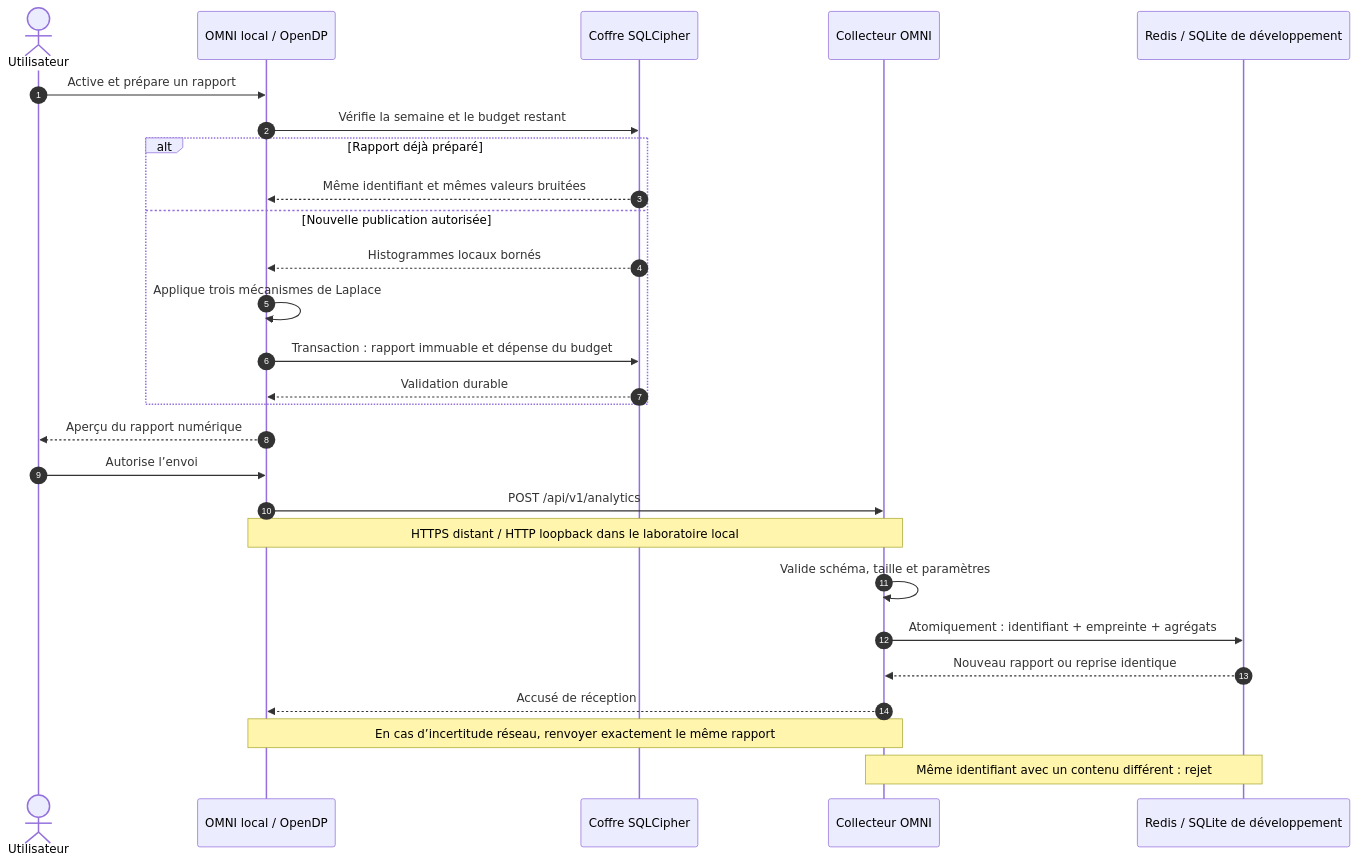
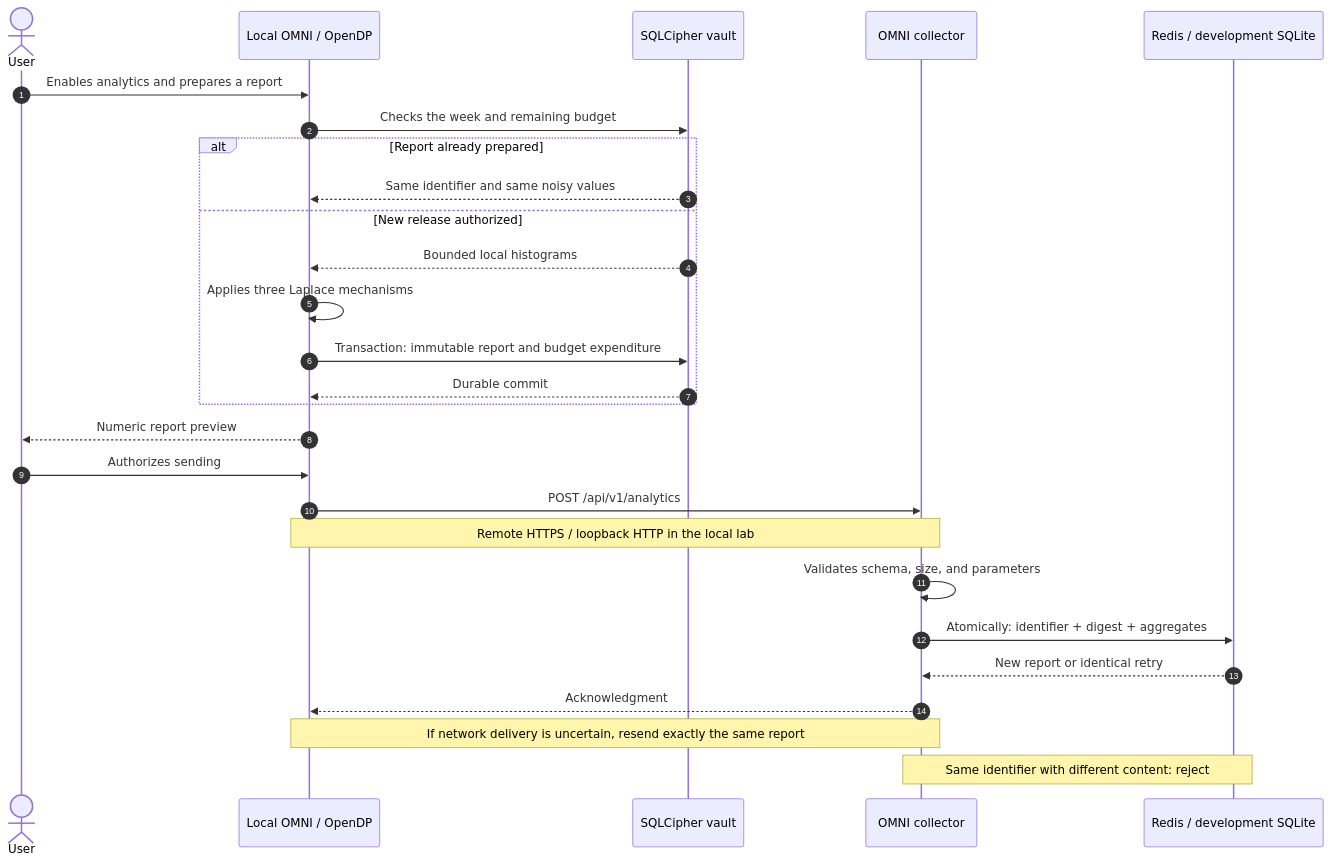
Before and after one commit to nabz0r/OMNI-OS: the fourth of 5 diagrams in DIAGRAMS.md, drawn with Mermaid. The commit also changed other lines of this file and 11 other files, not shown here.

````diff
--- a/DIAGRAMS.md
+++ b/DIAGRAMS.md
@@ -139,30 +139,30 @@
 ```mermaid
 sequenceDiagram
     autonumber
-    actor User as Utilisateur
-    participant Core as OMNI local / OpenDP
-    participant DB as Coffre SQLCipher
-    participant API as Collecteur OMNI
-    participant Store as Redis / SQLite de développement
+    actor User as User
+    participant Core as Local OMNI / OpenDP
+    participant DB as SQLCipher vault
+    participant API as OMNI collector
+    participant Store as Redis / development SQLite
 
-    User->>Core: Active et prépare un rapport
-    Core->>DB: Vérifie la semaine et le budget restant
-    alt Rapport déjà préparé
-        DB-->>Core: Même identifiant et mêmes valeurs bruitées
-    else Nouvelle publication autorisée
-        DB-->>Core: Histogrammes locaux bornés
-        Core->>Core: Applique trois mécanismes de Laplace
-        Core->>DB: Transaction : rapport immuable et dépense du budget
-        DB-->>Core: Validation durable
+    User->>Core: Enables analytics and prepares a report
+    Core->>DB: Checks the week and remaining budget
+    alt Report already prepared
+        DB-->>Core: Same identifier and same noisy values
+    else New release authorized
+        DB-->>Core: Bounded local histograms
+        Core->>Core: Applies three Laplace mechanisms
+        Core->>DB: Transaction: immutable report and budget expenditure
+        DB-->>Core: Durable commit
     end
-    Core-->>User: Aperçu du rapport numérique
-    User->>Core: Autorise l’envoi
+    Core-->>User: Numeric report preview
+    User->>Core: Authorizes sending
     Core->>API: POST /api/v1/analytics
-    Note over Core,API: HTTPS distant / HTTP loopback dans le laboratoire local
-    API->>API: Valide schéma, taille et paramètres
-    API->>Store: Atomiquement : identifiant + empreinte + agrégats
-    Store-->>API: Nouveau rapport ou reprise identique
-    API-->>Core: Accusé de réception
-    Note over Core,API: En cas d’incertitude réseau, renvoyer exactement le même rapport
-    Note over API,Store: Même identifiant avec un contenu différent : rejet
+    Note over Core,API: Remote HTTPS / loopback HTTP in the local lab
+    API->>API: Validates schema, size, and parameters
+    API->>Store: Atomically: identifier + digest + aggregates
+    Store-->>API: New report or identical retry
+    API-->>Core: Acknowledgment
+    Note over Core,API: If network delivery is uncertain, resend exactly the same report
+    Note over API,Store: Same identifier with different content: reject
 ```
````
